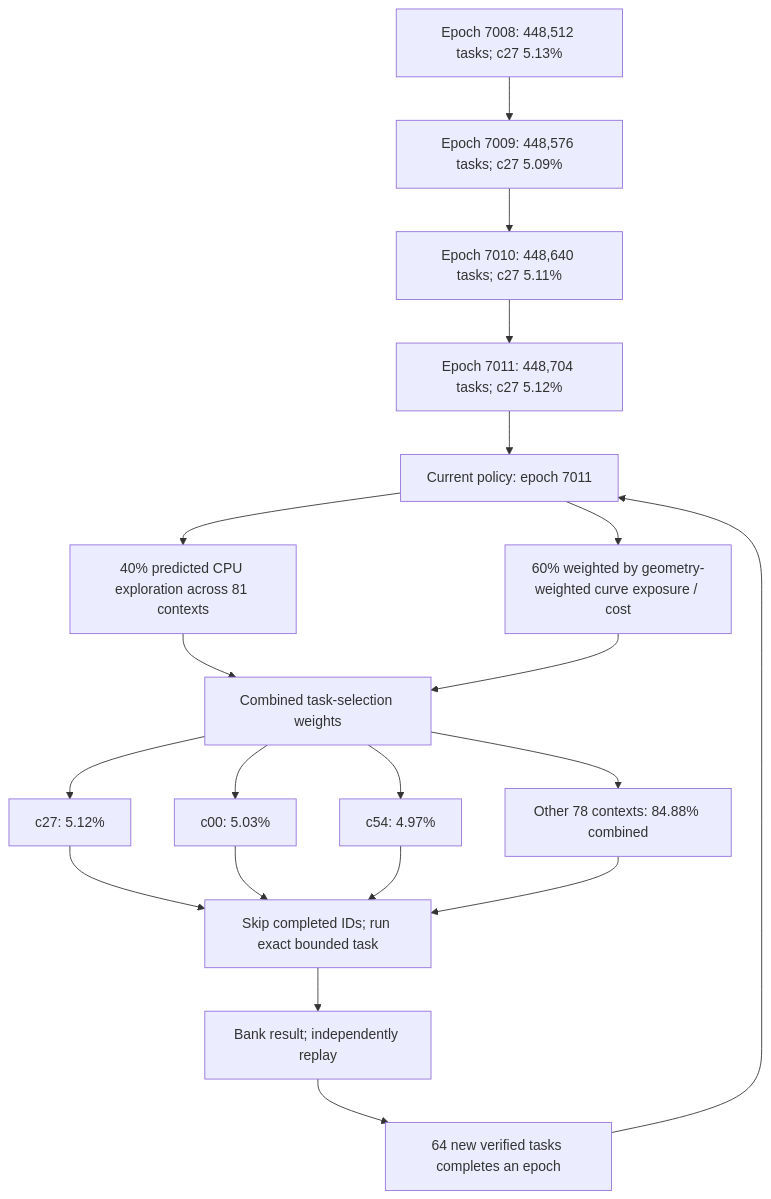
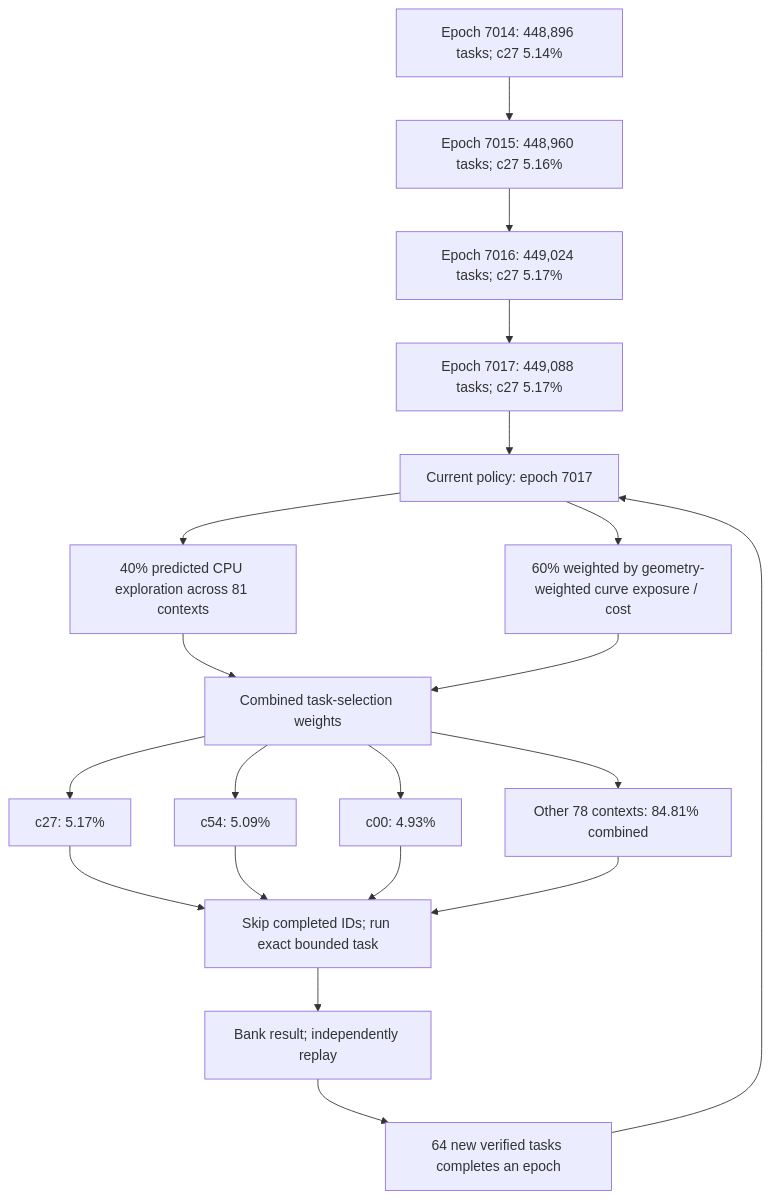
Before and after one commit to Kuberwastaken/math-gambling: the first of 4 diagrams in README.md, drawn with Mermaid. The commit also changed other lines of this file and 1395 other files, not shown here.

````diff
--- a/README.md
+++ b/README.md
@@ -60,27 +60,27 @@
 ```mermaid
 flowchart TD
-    H0["Epoch 7008: 448,512 tasks; c27 5.13%"]
-    H1["Epoch 7009: 448,576 tasks; c27 5.09%"]
+    H0["Epoch 7014: 448,896 tasks; c27 5.14%"]
+    H1["Epoch 7015: 448,960 tasks; c27 5.16%"]
     H0 --> H1
-    H2["Epoch 7010: 448,640 tasks; c27 5.11%"]
+    H2["Epoch 7016: 449,024 tasks; c27 5.17%"]
     H1 --> H2
-    H3["Epoch 7011: 448,704 tasks; c27 5.12%"]
+    H3["Epoch 7017: 449,088 tasks; c27 5.17%"]
     H2 --> H3
-    Policy["Current policy: epoch 7011"]
+    Policy["Current policy: epoch 7017"]
     H3 --> Policy
     Policy --> Explore["40% predicted CPU exploration across 81 contexts"]
     Policy --> Cost["60% weighted by geometry-weighted curve exposure / cost"]
     Explore --> Mix["Combined task-selection weights"]
     Cost --> Mix
-    Mix --> C0["c27: 5.12%"]
-    Mix --> C1["c00: 5.03%"]
-    Mix --> C2["c54: 4.97%"]
-    Mix --> Rest["Other 78 contexts: 84.88% combined"]
+    Mix --> C0["c27: 5.17%"]
+    Mix --> C1["c54: 5.09%"]
+    Mix --> C2["c00: 4.93%"]
+    Mix --> Rest["Other 78 contexts: 84.81% combined"]
     C0 --> Check["Skip completed IDs; run exact bounded task"]
     C1 --> Check
     C2 --> Check
     Rest --> Check
     Check --> Replay["Bank result; independently replay"]
     Replay --> Gate["64 new verified tasks completes an epoch"]
     Gate --> Policy
 ```
````
